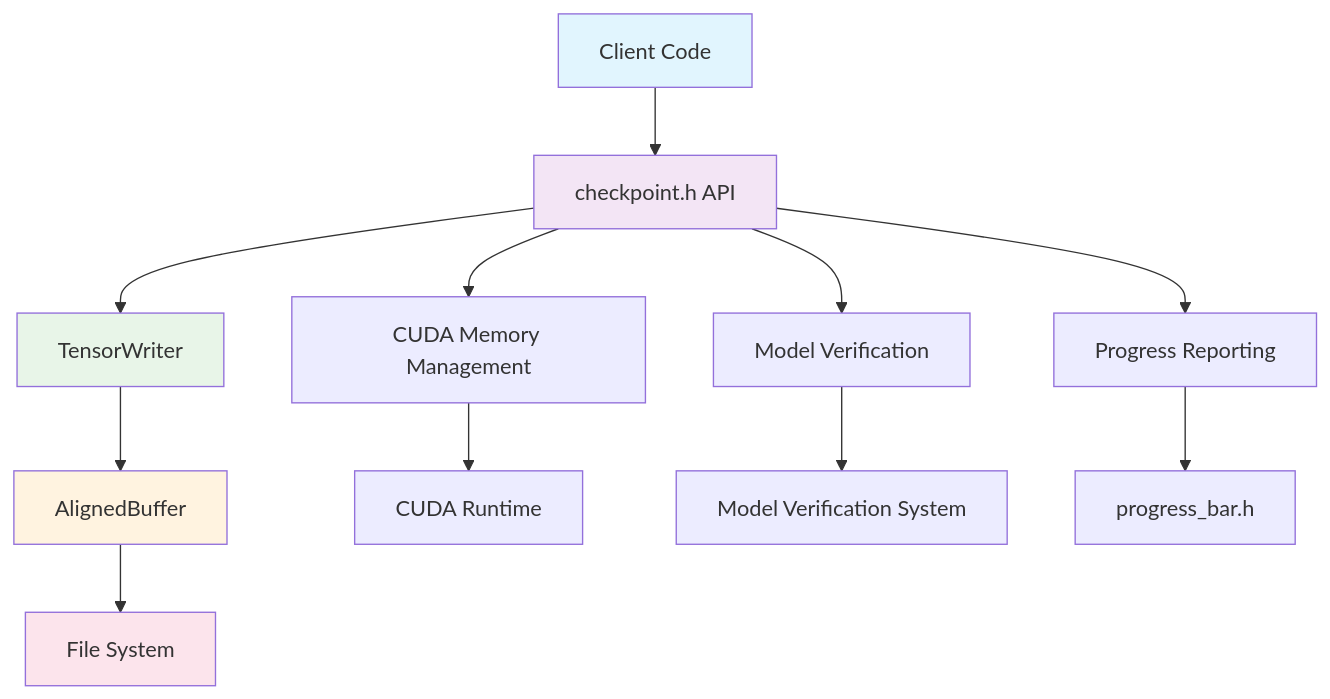
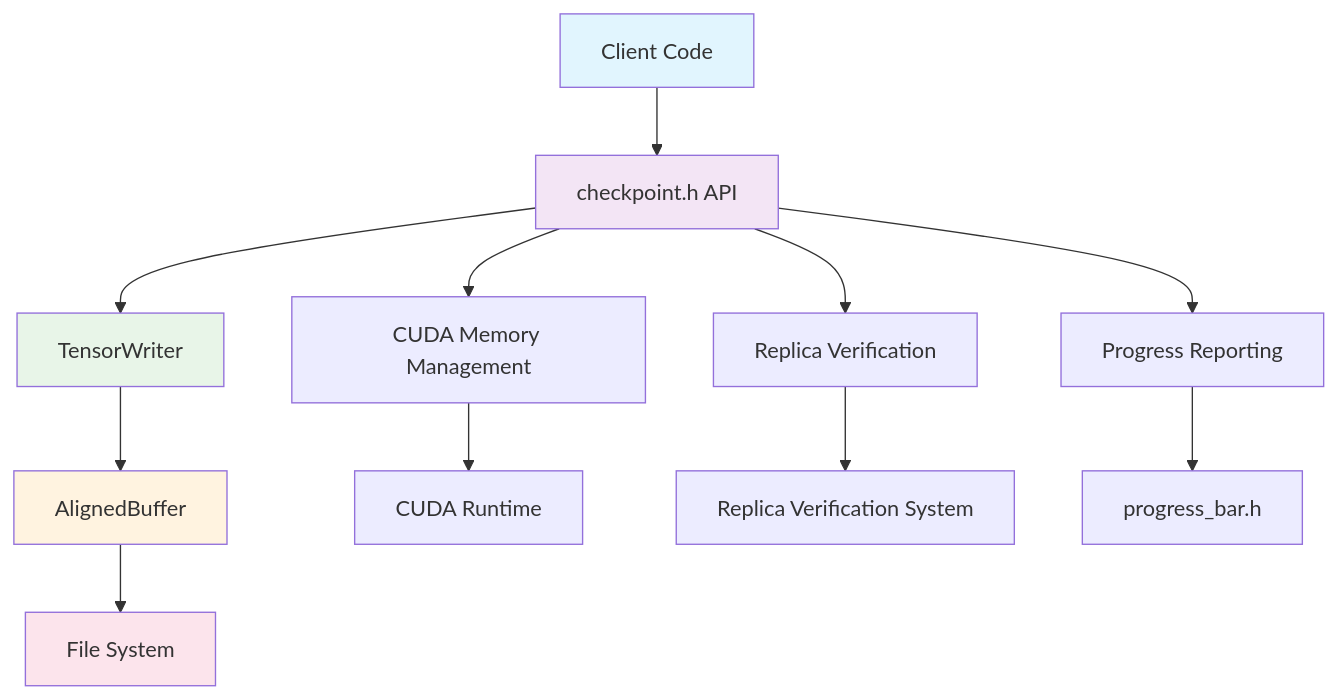
Before and after one commit to tensorcast-ai/tensorcast: the first of 11 diagrams in web-docs/docs/developer-guides/core/checkpoint/architecture.md, drawn with Mermaid. The commit also changed other lines of this file and 331 other files, not shown here.

Commit message:
refactor: refactor model to artifact & replica

````diff
--- a/web-docs/docs/developer-guides/core/checkpoint/architecture.md
+++ b/web-docs/docs/developer-guides/core/checkpoint/architecture.md
@@ -15,20 +15,20 @@
 ```mermaid
 graph TD
     A[Client Code] --> B[checkpoint.h API]
     B --> C[TensorWriter]
     B --> D[CUDA Memory Management]
-    B --> E[Model Verification]
+    B --> E[Replica Verification]
     C --> F[AlignedBuffer]
     F --> G[File System]
     D --> H[CUDA Runtime]
-    E --> I[Model Verification System]
+    E --> I[Replica Verification System]
 
     B --> J[Progress Reporting]
     J --> K[progress_bar.h]
 
     style A fill:#e1f5fe
     style B fill:#f3e5f5
     style C fill:#e8f5e8
     style F fill:#fff3e0
     style G fill:#fce4ec
 ```
````
